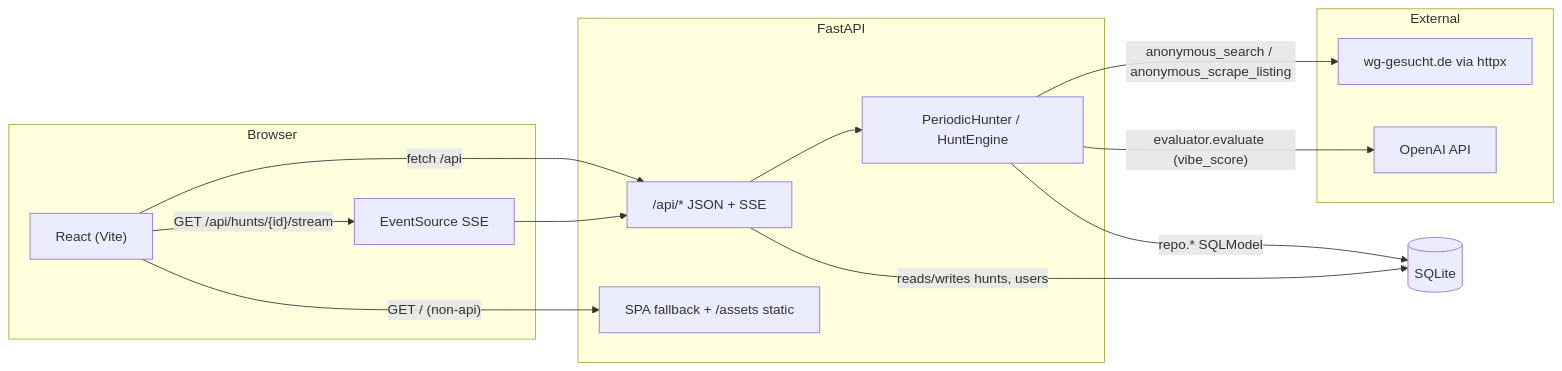
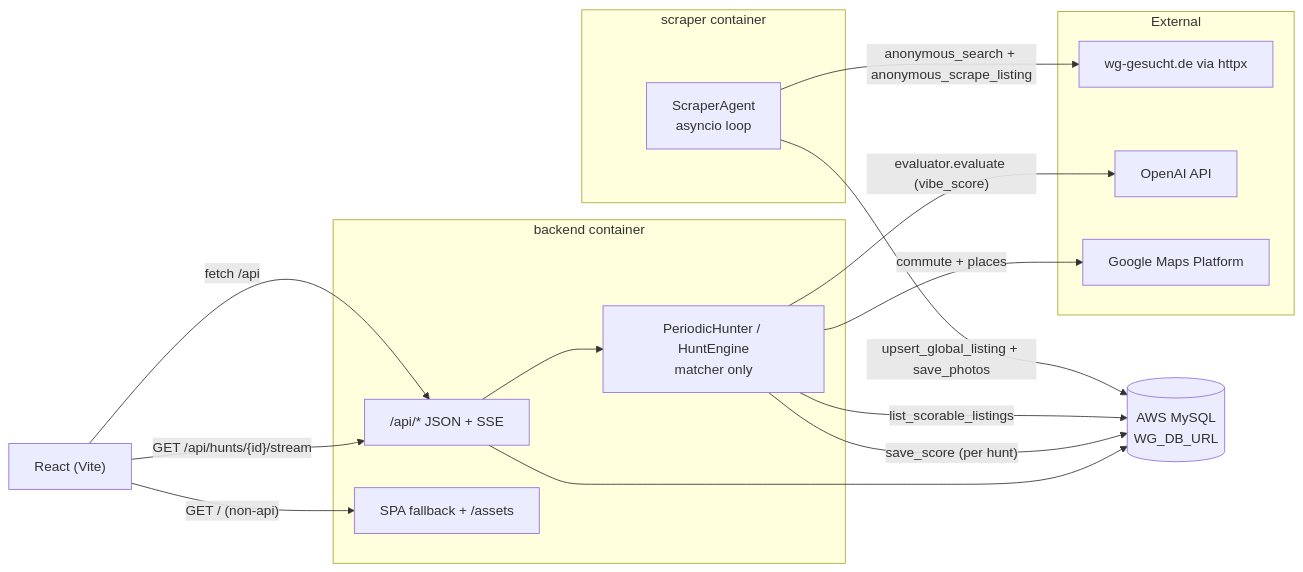
The first of 3 diagrams in docs/ARCHITECTURE.md (v-ya-ch-e/tumai-makeathon-2026), drawn with Mermaid before and after one commit. The commit also changed other lines of this file and 35 other files, not shown here.

First line of the commit message:
refactor(backend): split scraper into its own container, move to MySQL, drop Alembic

````diff
--- a/docs/ARCHITECTURE.md
+++ b/docs/ARCHITECTURE.md
@@ -7,26 +10,28 @@
 ```mermaid
 flowchart LR
-  subgraph client [Browser]
-    React["React (Vite)"]
-    ES[EventSource SSE]
+  subgraph scraperSvc [scraper container]
+    SA["ScraperAgent<br/>asyncio loop"]
   end
-  subgraph server [FastAPI]
+  subgraph backendSvc [backend container]
     API["/api/* JSON + SSE"]
-    SPA["SPA fallback + /assets static"]
-    PH[PeriodicHunter / HuntEngine]
+    SPA["SPA fallback + /assets"]
+    PH["PeriodicHunter / HuntEngine<br/>matcher only"]
   end
   subgraph external [External]
     WG["wg-gesucht.de via httpx"]
     OAI["OpenAI API"]
+    GM["Google Maps Platform"]
   end
-  DB[(SQLite)]
-  React -->|"fetch /api"| API
-  React -->|"GET /api/hunts/{id}/stream"| ES
-  ES --> API
+  MySQL[("AWS MySQL<br/>WG_DB_URL")]
+  SA -->|"anonymous_search + anonymous_scrape_listing"| WG
+  SA -->|"upsert_global_listing + save_photos"| MySQL
+  React["React (Vite)"] -->|"fetch /api"| API
+  React -->|"GET /api/hunts/{id}/stream"| API
   API --> PH
-  PH -->|"anonymous_search / anonymous_scrape_listing"| WG
+  PH -->|"list_scorable_listings"| MySQL
+  PH -->|"save_score (per hunt)"| MySQL
   PH -->|"evaluator.evaluate (vibe_score)"| OAI
-  PH -->|"repo.* SQLModel"| DB
-  API -->|"reads/writes hunts, users"| DB
+  PH -->|"commute + places"| GM
+  API --> MySQL
   React -->|"GET / (non-api)"| SPA
 ```
````
